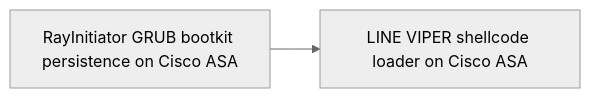
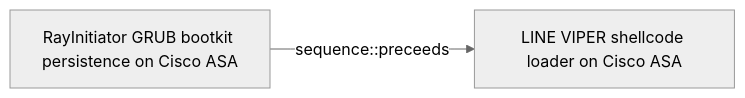
Before and after one commit to opentidehq/library: the first of 2 diagrams in docs/threats/rayinitiator-grub-bootkit-persistence-on-cisco-asa.md, drawn with Mermaid (neutral theme). The commit also changed other lines of this file and 277 other files, not shown here.

````diff
--- a/docs/threats/rayinitiator-grub-bootkit-persistence-on-cisco-asa.md
+++ b/docs/threats/rayinitiator-grub-bootkit-persistence-on-cisco-asa.md
@@ -71,6 +106,6 @@
 ```mermaid
 flowchart LR
 a6f331e0_292d_4d83_87a9_46aa149555dd["RayInitiator GRUB bootkit persistence on Cisco ASA"]
 b6175f16_2b61_4116_bd97_de54b02b197e["LINE VIPER shellcode loader on Cisco ASA"]
-a6f331e0_292d_4d83_87a9_46aa149555dd --> b6175f16_2b61_4116_bd97_de54b02b197e
+a6f331e0_292d_4d83_87a9_46aa149555dd -->|sequence::preceeds| b6175f16_2b61_4116_bd97_de54b02b197e
 ```
````
